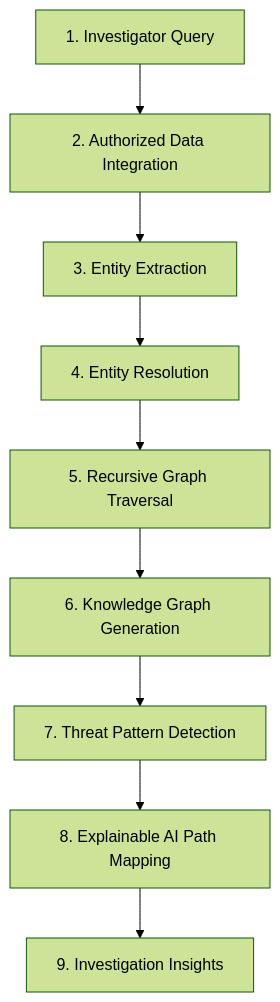
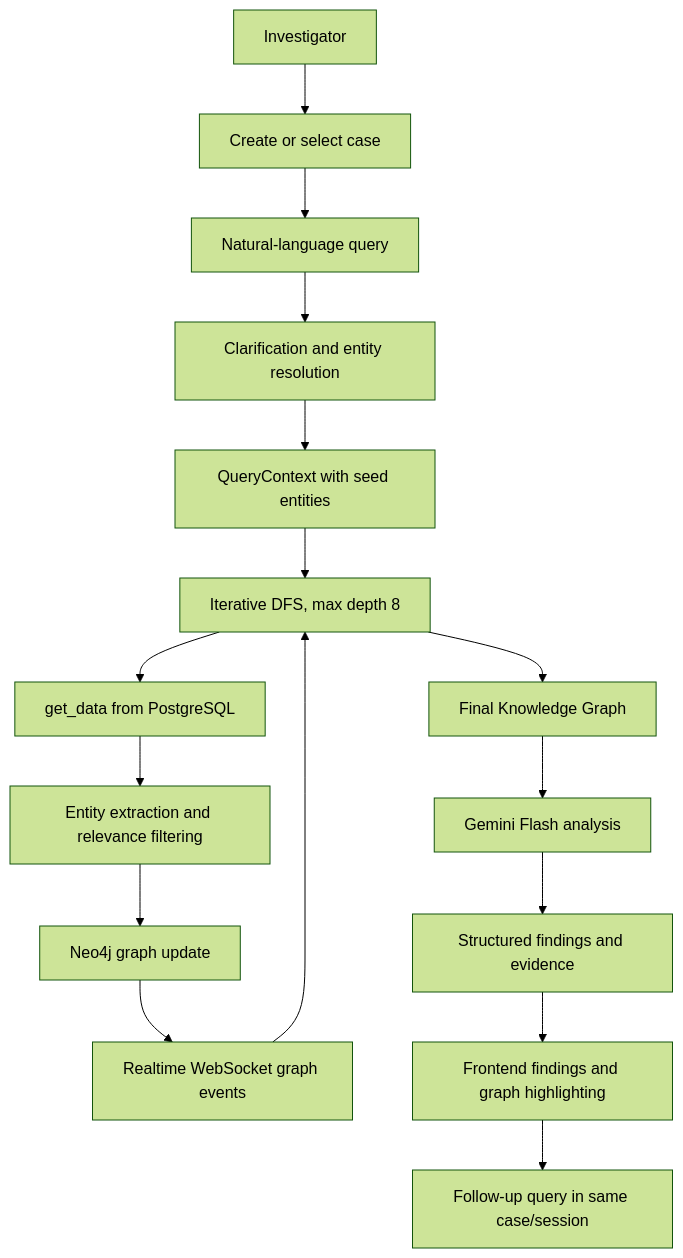
Before and after one commit to ParthDhengle/SIH-2026-26189: the diagram in README.md, drawn with Mermaid (forest theme). The commit also changed other lines of this file, not shown here.

````diff
--- a/README.md
+++ b/README.md
@@ -18,11 +30,18 @@
 ```mermaid
 flowchart TD
-    A[1. Investigator Query] --> B[2. Authorized Data Integration]
-    B --> C[3. Entity Extraction]
-    C --> D[4. Entity Resolution]
-    D --> E[5. Recursive Graph Traversal]
-    E --> F[6. Knowledge Graph Generation]
-    F --> G[7. Threat Pattern Detection]
-    G --> H[8. Explainable AI Path Mapping]
-    H --> I[9. Investigation Insights]
+    A[Investigator] --> B[Create or select case]
+    B --> C[Natural-language query]
+    C --> D[Clarification and entity resolution]
+    D --> E[QueryContext with seed entities]
+    E --> F[Iterative DFS, max depth 8]
+    F --> G[get_data from PostgreSQL]
+    G --> H[Entity extraction and relevance filtering]
+    H --> I[Neo4j graph update]
+    I --> J[Realtime WebSocket graph events]
+    J --> F
+    F --> K[Final Knowledge Graph]
+    K --> L[Gemini Flash analysis]
+    L --> M[Structured findings and evidence]
+    M --> N[Frontend findings and graph highlighting]
+    N --> O[Follow-up query in same case/session]
 ```
````
